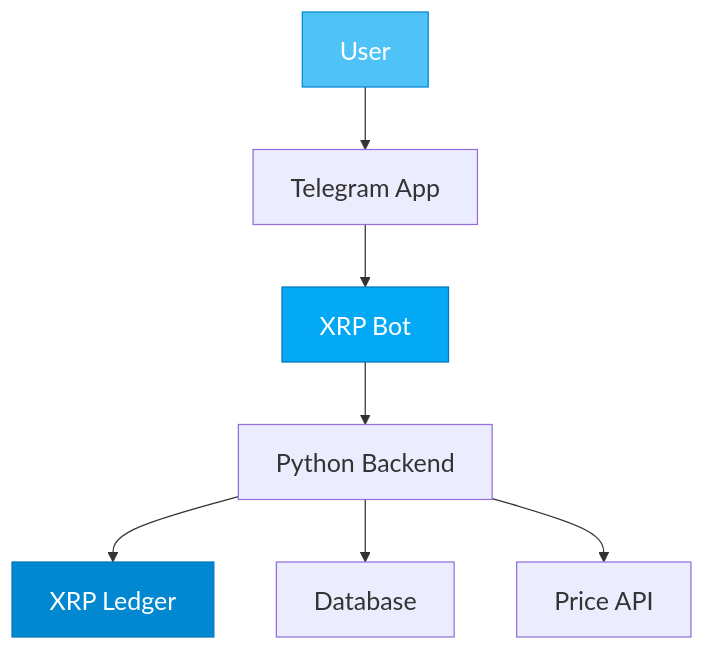
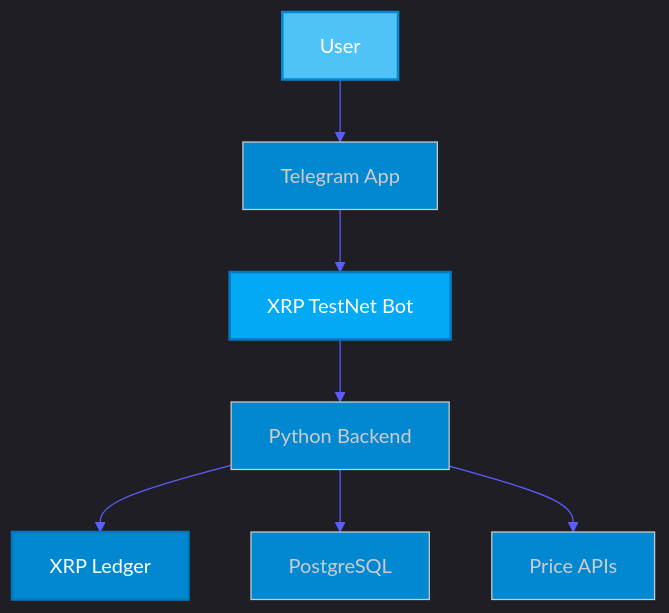
Before and after one commit to FSE-Class-Project/xrp-telegram-bot: the first of 7 diagrams in presentation/xrp-telegram-bot-presentation.qmd, drawn with Mermaid. The commit also changed other lines of this file and 2 other files, not shown here.

````diff
--- a/presentation/xrp-telegram-bot-presentation.qmd
+++ b/presentation/xrp-telegram-bot-presentation.qmd
@@ -65,14 +46,14 @@
 ```{mermaid}
-%%{init: {'theme': 'default', 'themeVariables': {'fontSize': '20px'}}}%%
+%%{init: {'theme': 'dark', 'themeVariables': {'primaryColor':'#0288d1', 'primaryTextColor':'#fff', 'primaryBorderColor':'#0277bd', 'lineColor':'#5c5cff', 'secondaryColor':'#03a9f4', 'tertiaryColor':'#4fc3f7', 'background':'#1e1e1e', 'mainBkg':'#0288d1', 'secondBkg':'#03a9f4', 'tertiaryBkg':'#4fc3f7'}}}%%
 graph TD
     A[User] --> B[Telegram App]
-    B --> C[XRP Bot]
+    B --> C[XRP TestNet Bot]
     C --> D[Python Backend]
     D --> E[XRP Ledger]
-    D --> F[Database]
-    D --> G[Price API]
+    D --> F[PostgreSQL]
+    D --> G[Price APIs]
 
-    style A fill:#4fc3f7,stroke:#0288d1,color:#fff
-    style C fill:#03a9f4,stroke:#0277bd,color:#fff
-    style E fill:#0288d1,stroke:#0277bd,color:#fff
+    style A fill:#4fc3f7,stroke:#0288d1,stroke-width:2px,color:#fff
+    style C fill:#03a9f4,stroke:#0277bd,stroke-width:2px,color:#fff
+    style E fill:#0288d1,stroke:#0277bd,stroke-width:2px,color:#fff
 ```
````
